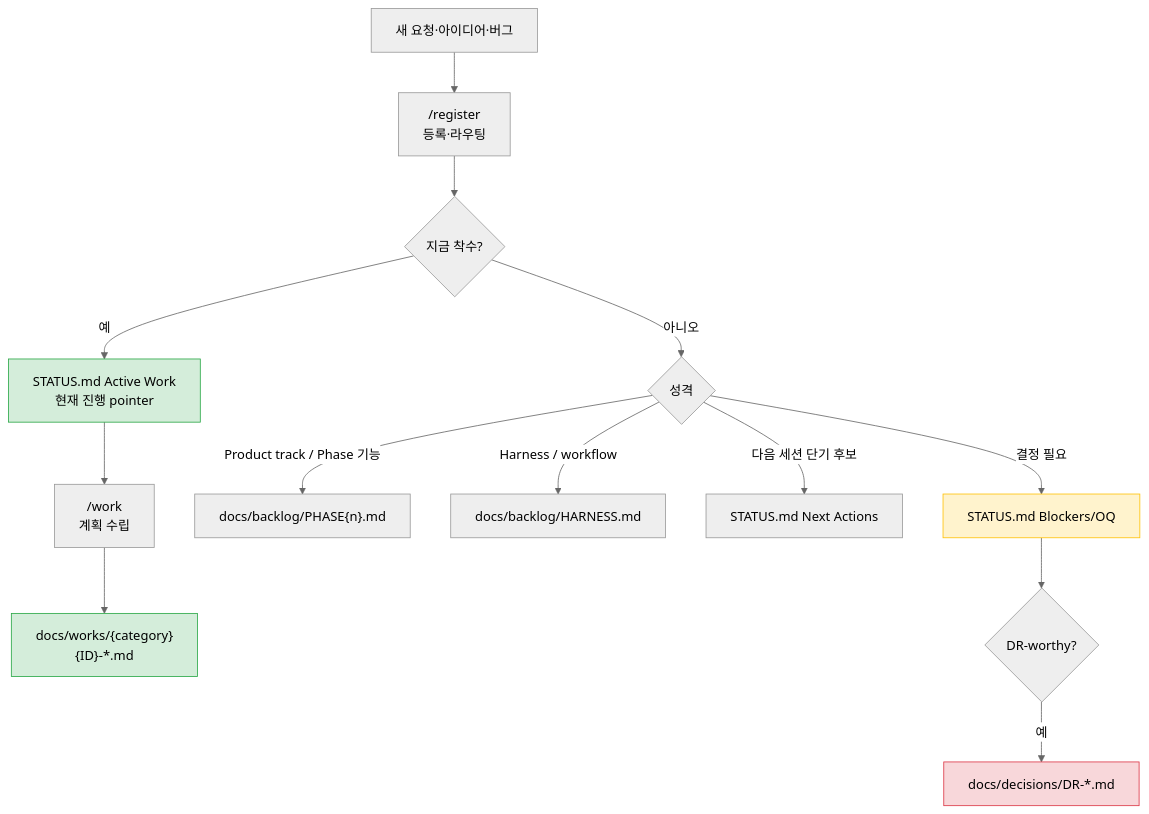
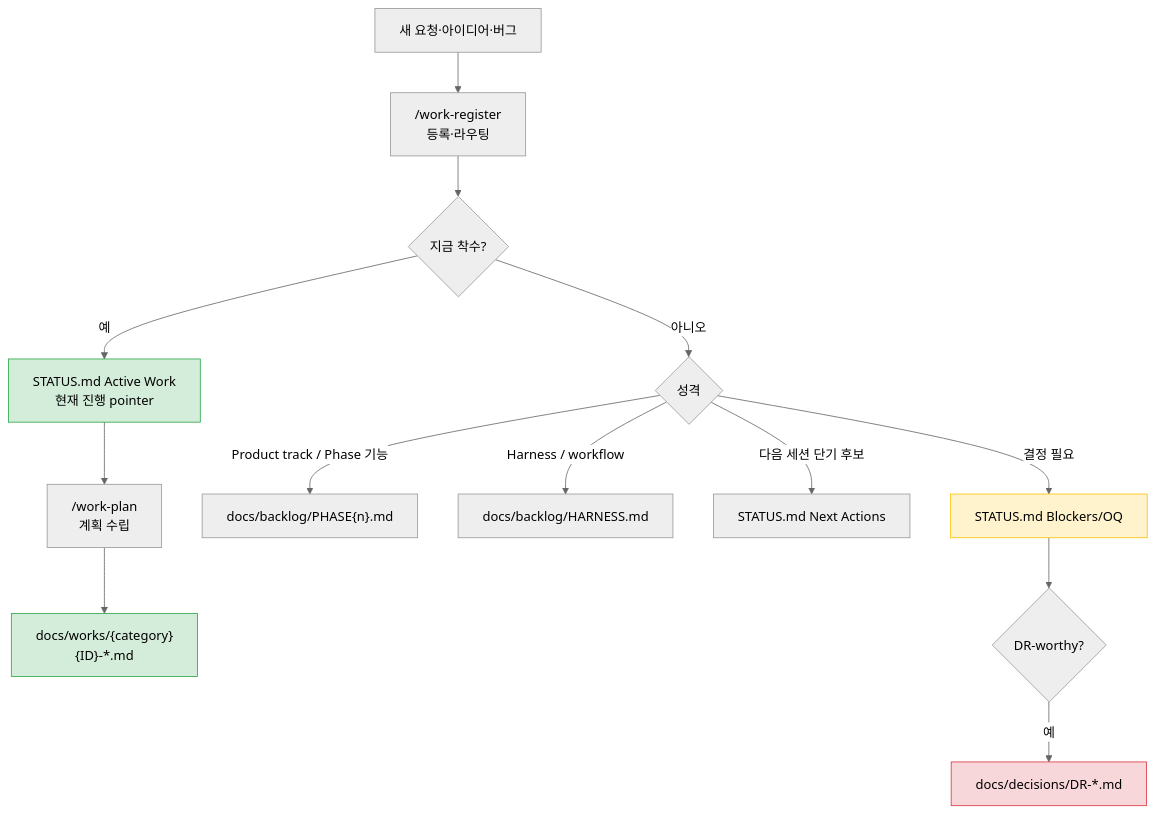
Before and after one commit to kyungseo/ai-workflow-harness: the fourth of 7 diagrams in README.md, drawn with Mermaid (neutral theme). The commit also changed other lines of this file and 83 other files, not shown here.

````diff
--- a/README.md
+++ b/README.md
@@ -266,23 +266,23 @@
 ```mermaid
 flowchart TD
-    NEW["새 요청·아이디어·버그"] --> REGISTER["/register\n등록·라우팅"]
+    NEW["새 요청·아이디어·버그"] --> REGISTER["/work-register\n등록·라우팅"]
     REGISTER --> NOW{"지금 착수?"}
 
     NOW -- "예" --> ACTIVE["STATUS.md Active Work\n현재 진행 pointer"]
-    ACTIVE --> WORK["/work\n계획 수립"]
+    ACTIVE --> WORK["/work-plan\n계획 수립"]
     WORK --> WORKFILE["docs/works/{category}\n{ID}-*.md"]
 
     NOW -- "아니오" --> TYPE{"성격"}
     TYPE -- "Product track / Phase 기능" --> PHASE["docs/backlog/PHASE{n}.md"]
     TYPE -- "Harness / workflow" --> HARNESS["docs/backlog/HARNESS.md"]
     TYPE -- "다음 세션 단기 후보" --> NEXT["STATUS.md Next Actions"]
     TYPE -- "결정 필요" --> OQ["STATUS.md Blockers/OQ"]
 
     OQ --> DR{"DR-worthy?"}
     DR -- "예" --> DECISION["docs/decisions/DR-*.md"]
 
     style ACTIVE fill:#d4edda,stroke:#28a745
     style WORKFILE fill:#d4edda,stroke:#28a745
     style OQ fill:#fff3cd,stroke:#ffc107
     style DECISION fill:#f8d7da,stroke:#dc3545
 ```
````
